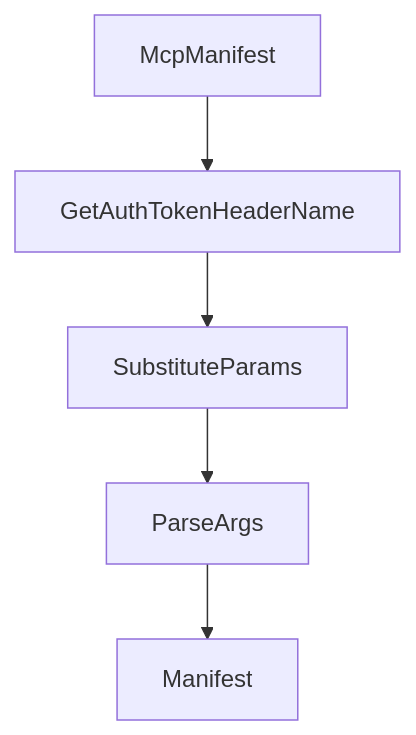
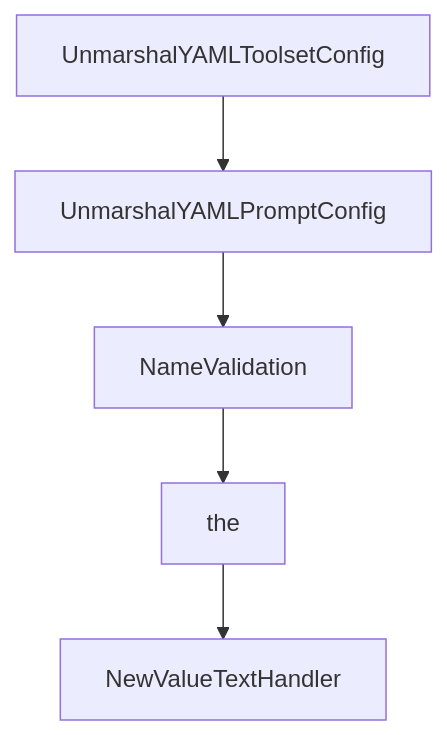
Before and after one commit to johnxie/awesome-code-docs: the diagram in tutorials/genai-toolbox-tutorial/08-production-governance-and-release-strategy.md, drawn with Mermaid. The commit also changed other lines of this file and 1232 other files, not shown here.

````diff
--- a/tutorials/genai-toolbox-tutorial/08-production-governance-and-release-strategy.md
+++ b/tutorials/genai-toolbox-tutorial/08-production-governance-and-release-strategy.md
@@ -209,12 +193,12 @@
 ```mermaid
 flowchart TD
-    A[McpManifest]
-    B[GetAuthTokenHeaderName]
-    C[SubstituteParams]
-    D[ParseArgs]
-    E[Manifest]
+    A[UnmarshalYAMLToolsetConfig]
+    B[UnmarshalYAMLPromptConfig]
+    C[NameValidation]
+    D[the]
+    E[NewValueTextHandler]
     A --> B
     B --> C
     C --> D
     D --> E
 ```
````
